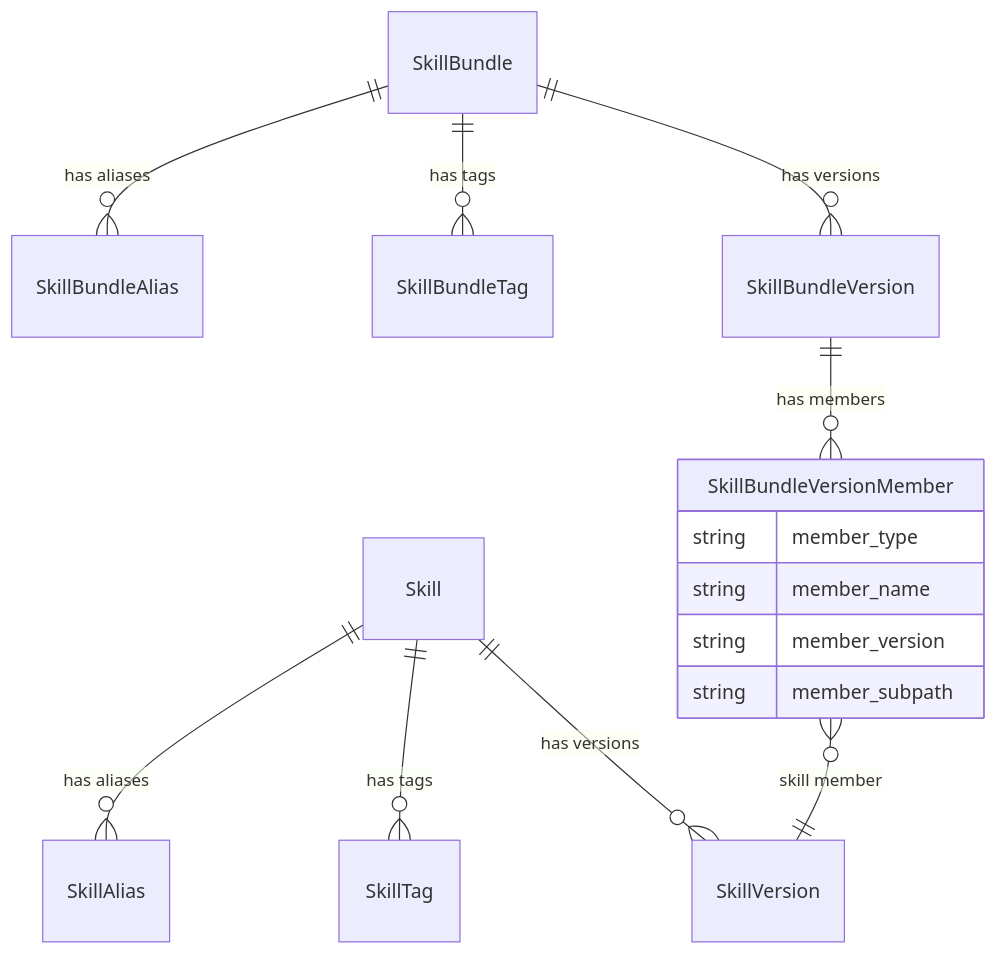
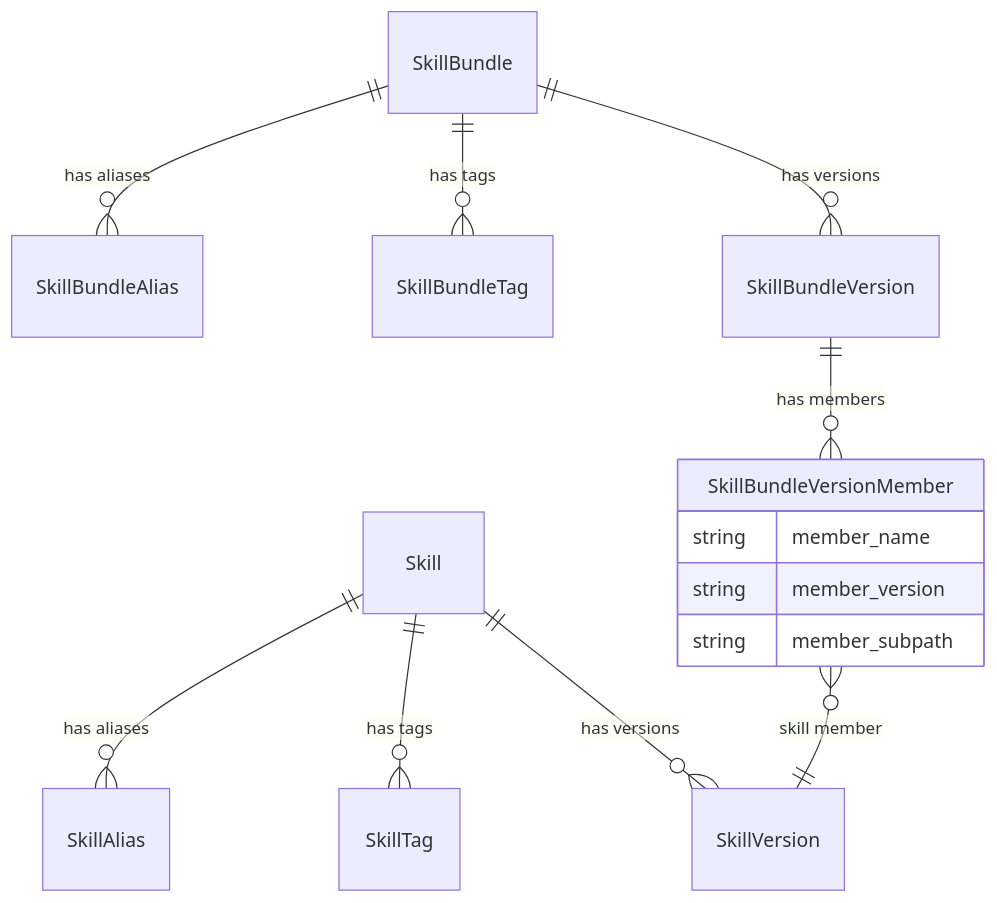
Before and after one commit to jwm4/rfcs: the first of 2 diagrams in rfcs/0008-mvp-skill-registry/0008-mvp-skill-registry.md, drawn with Mermaid. The commit also changed other lines of this file and 1 other file, not shown here.

First line of the commit message:
Drop `member_type` field from bundle version members

````diff
--- a/rfcs/0008-mvp-skill-registry/0008-mvp-skill-registry.md
+++ b/rfcs/0008-mvp-skill-registry/0008-mvp-skill-registry.md
@@ -517,18 +517,17 @@
 ```mermaid
 erDiagram
 Skill ||--o{ SkillVersion : "has versions"
 Skill ||--o{ SkillTag : "has tags"
 Skill ||--o{ SkillAlias : "has aliases"
 SkillBundle ||--o{ SkillBundleVersion : "has versions"
 SkillBundle ||--o{ SkillBundleTag : "has tags"
 SkillBundle ||--o{ SkillBundleAlias : "has aliases"
 SkillBundleVersion ||--o{ SkillBundleVersionMember : "has members"
 SkillBundleVersionMember }o--|| SkillVersion : "skill member"
 
 SkillBundleVersionMember {
-  string member_type
   string member_name
   string member_version
   string member_subpath
 }
 ```
````
